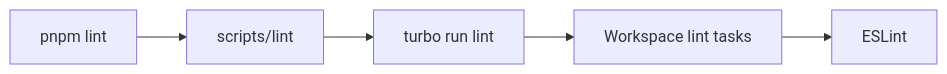
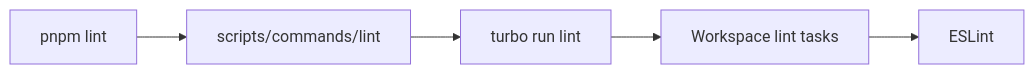
The seventh of 16 diagrams in docs/developer/EE-IMP-006-P07_Root_Script_Suite_Automation.md (EQ-LABS-TECH/ee-monorepo), drawn with Mermaid before and after one commit. The commit also changed other lines of this file and 14 other files, not shown here.

````diff
--- a/docs/developer/EE-IMP-006-P07_Root_Script_Suite_Automation.md
+++ b/docs/developer/EE-IMP-006-P07_Root_Script_Suite_Automation.md
@@ -371,7 +362,7 @@
 ```mermaid
 flowchart LR
-    A["pnpm lint"] --> B["scripts/lint"]
-    B --> C["turbo run lint"]
-    C --> D["Workspace lint tasks"]
-    D --> E["ESLint"]
+ A["pnpm lint"] --> B["scripts/commands/lint"]
+ B --> C["turbo run lint"]
+ C --> D["Workspace lint tasks"]
+ D --> E["ESLint"]
 ```
````
